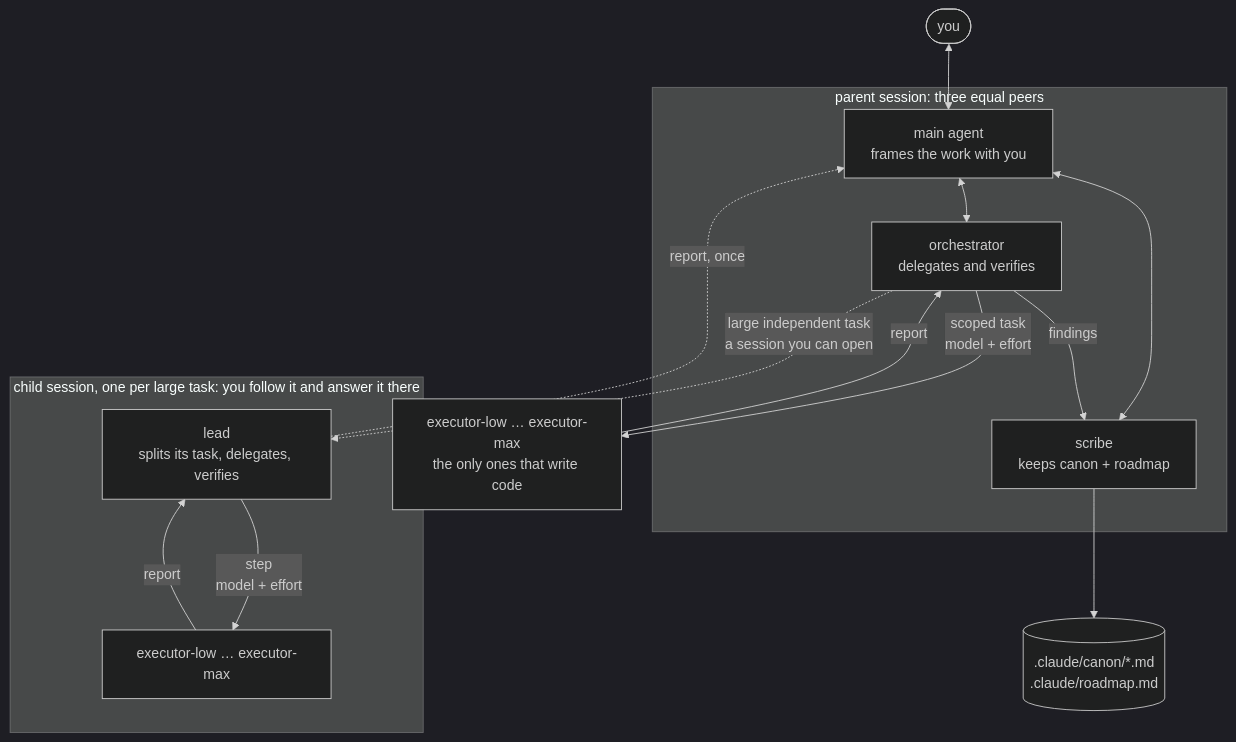
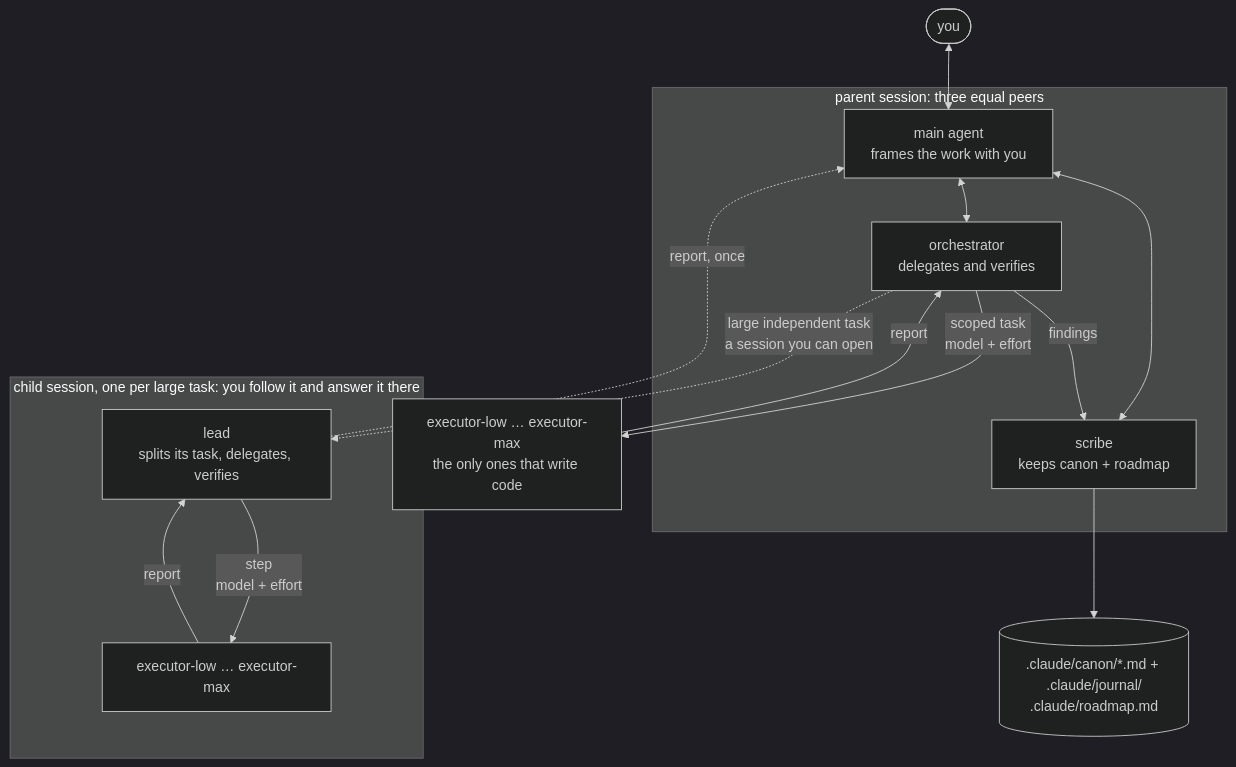
Before and after one commit to pazimor/marketplace: the diagram in README.md, drawn with Mermaid (dark theme). The commit also changed other lines of this file and 13 other files, not shown here.

First line of the commit message:
feat(orchestration)!: decision rule, work size, canon pages + journal, single-copy roadmap with archive (2.0.0)

````diff
--- a/README.md
+++ b/README.md
@@ -36,23 +36,23 @@
 ```mermaid
 flowchart TB
     you([you]) <--> main
     subgraph peers ["parent session: three equal peers"]
         main["main agent<br/>frames the work with you"]
         scribe["scribe<br/>keeps canon + roadmap"]
         orch["orchestrator<br/>delegates and verifies"]
     end
     main <--> scribe
     main <--> orch
     orch -- findings --> scribe
-    scribe --> files[(".claude/canon/*.md<br/>.claude/roadmap.md")]
+    scribe --> files[(".claude/canon/*.md + .claude/journal/<br/>.claude/roadmap.md")]
     orch -- "scoped task<br/>model + effort" --> ex["executor-low … executor-max<br/>the only ones that write code"]
     ex -- report --> orch
     orch -. "large independent task<br/>a session you can open" .-> lead
     subgraph child ["child session, one per large task: you follow it and answer it there"]
         lead["lead<br/>splits its task, delegates, verifies"]
         cex["executor-low … executor-max"]
         lead -- "step<br/>model + effort" --> cex
         cex -- report --> lead
     end
     lead -. "report, once" .-> main
 ```
````
